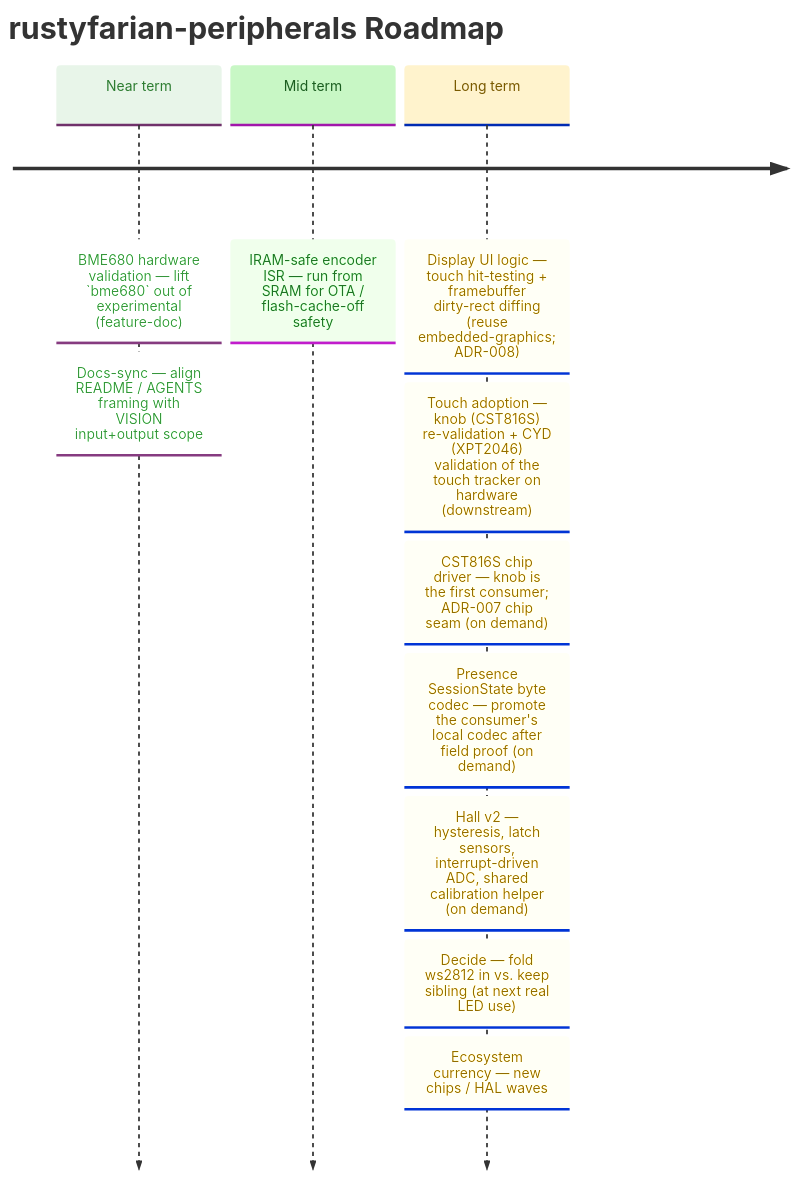
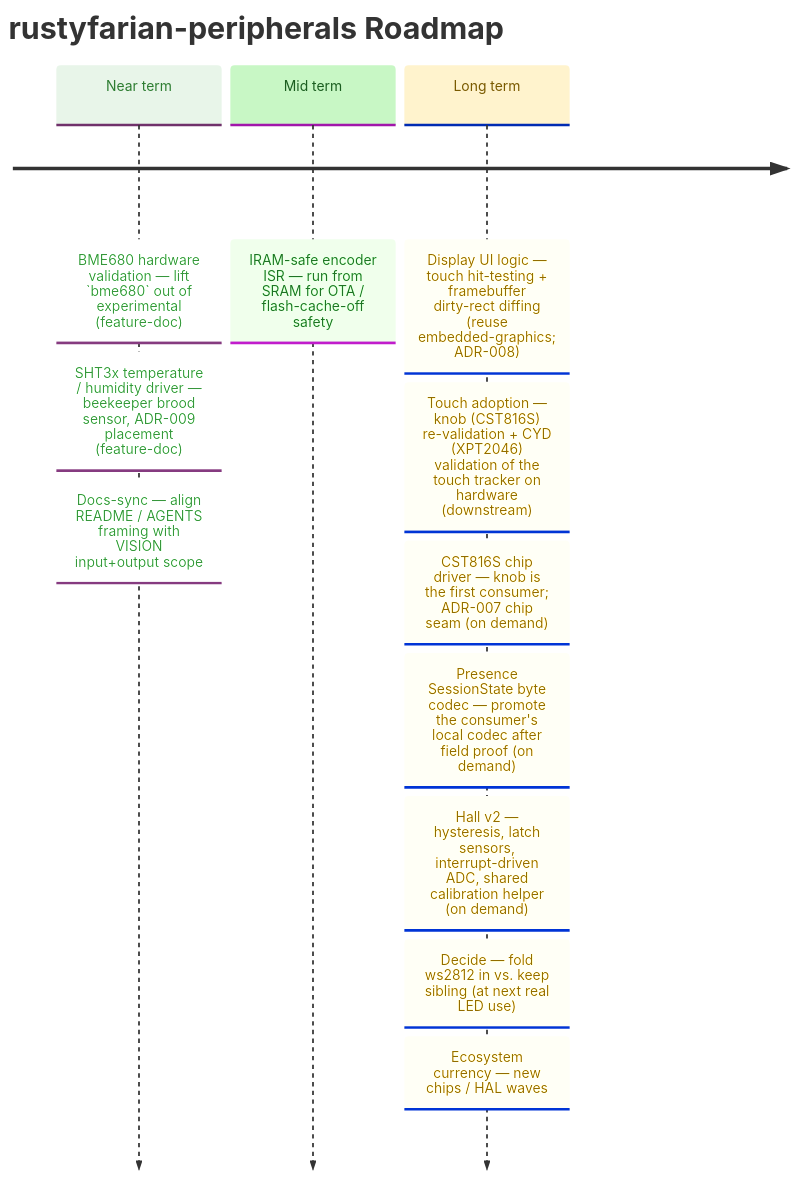
The diagram in docs/ROADMAP.md (datenkollektiv/rustyfarian-peripherals), drawn with Mermaid before and after one commit. The commit also changed other lines of this file and 17 other files, not shown here.

Commit message:
Add tamer::sht3x temperature / humidity driver

````diff
--- a/docs/ROADMAP.md
+++ b/docs/ROADMAP.md
@@ -10,31 +10,32 @@
 ```mermaid
 %%{init: {
   "theme": "base",
   "themeVariables": {
     "cScale0": "#e8f5e9",
     "cScaleLabel0": "#2e7d32",
     "cScale1": "#c8f7c5",
     "cScaleLabel1": "#1b5e20",
     "cScale2": "#fff3cd",
     "cScaleLabel2": "#7a5a00",
     "cScale3": "#e3f2fd",
     "cScaleLabel3": "#0d47a1"
   }
 }}%%
 
 timeline
     title rustyfarian-peripherals Roadmap
 
     Near term : BME680 hardware validation — lift `bme680` out of experimental (feature-doc)
+              : SHT3x temperature / humidity driver — beekeeper brood sensor, ADR-009 placement (feature-doc)
               : Docs-sync — align README / AGENTS framing with VISION input+output scope
 
     Mid term  : IRAM-safe encoder ISR — run from SRAM for OTA / flash-cache-off safety
 
     Long term : Display UI logic — touch hit-testing + framebuffer dirty-rect diffing (reuse embedded-graphics; ADR-008)
               : Touch adoption — knob (CST816S) re-validation + CYD (XPT2046) validation of the touch tracker on hardware (downstream)
               : CST816S chip driver — knob is the first consumer; ADR-007 chip seam (on demand)
               : Presence SessionState byte codec — promote the consumer's local codec after field proof (on demand)
               : Hall v2 — hysteresis, latch sensors, interrupt-driven ADC, shared calibration helper (on demand)
               : Decide — fold ws2812 in vs. keep sibling (at next real LED use)
               : Ecosystem currency — new chips / HAL waves
 ```
````
